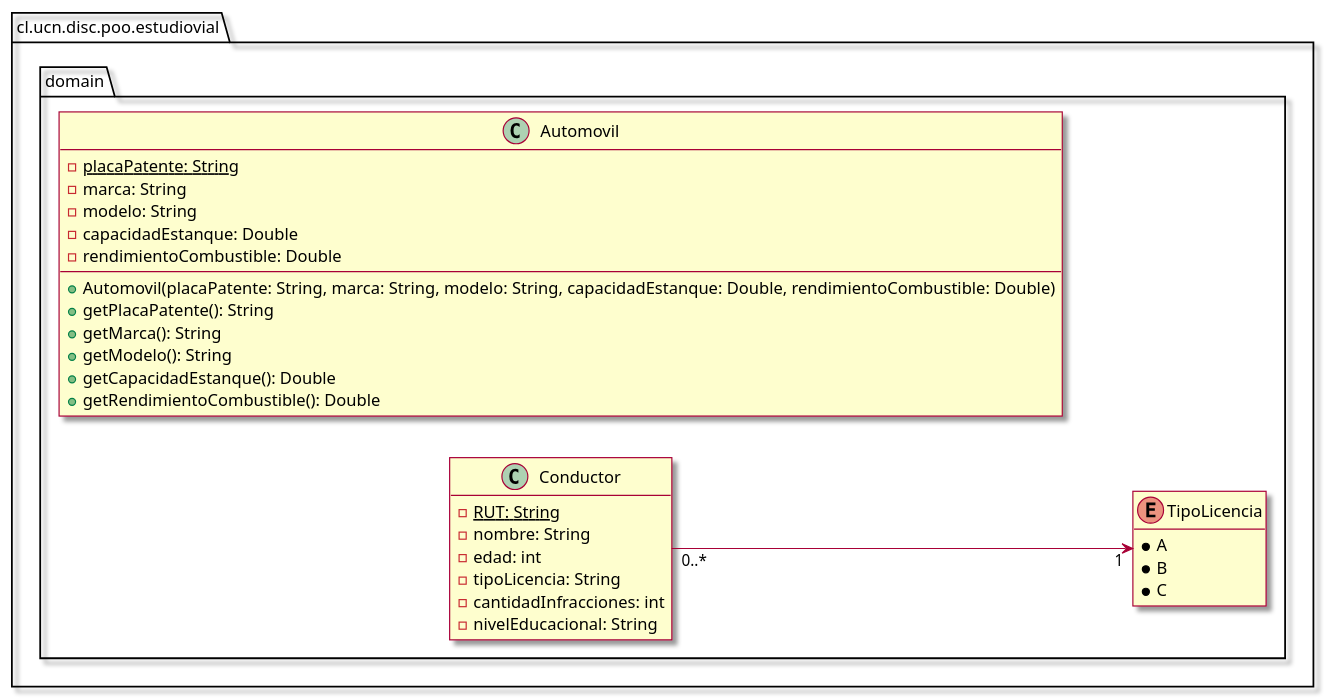
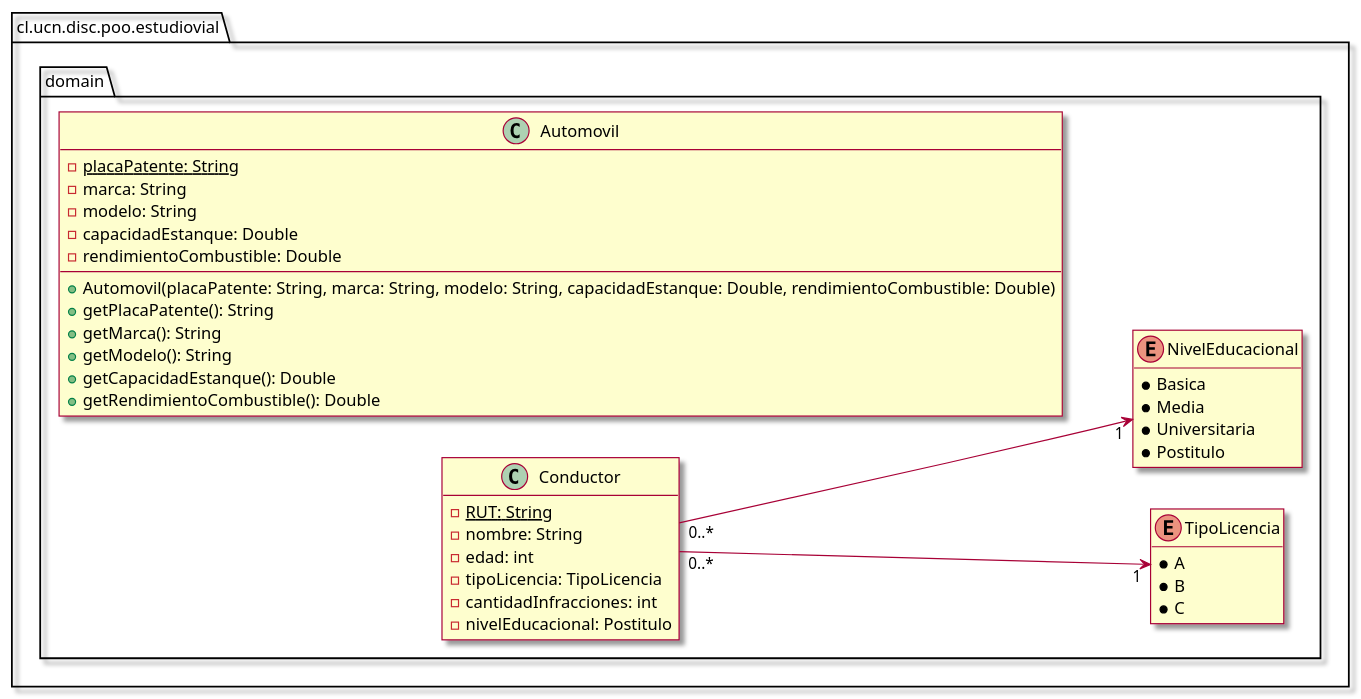
Before and after one commit to godiecl/estudio-vial: the diagram in docs/class.puml, drawn with PlantUML.

Commit message:
feat: add nivel educacional

```diff
--- a/docs/class.puml
+++ b/docs/class.puml
@@ -1,46 +1,54 @@
 @startuml
 skin rose
 set separator none
 left to right direction
 hide empty members
 
 package cl.ucn.disc.poo.estudiovial {
 
     package domain {
 
         class Automovil {
             - {static} placaPatente: String
             - marca: String
             - modelo: String
             - capacidadEstanque: Double
             - rendimientoCombustible: Double
             + Automovil(placaPatente: String, marca: String, modelo: String, capacidadEstanque: Double, rendimientoCombustible: Double)
             + getPlacaPatente(): String
             + getMarca(): String
             + getModelo(): String
             + getCapacidadEstanque(): Double
             + getRendimientoCombustible(): Double
         }
 
         enum TipoLicencia {
             * A
             * B
             * C
         }
 
+        enum NivelEducacional {
+            * Basica
+            * Media
+            * Universitaria
+            * Postitulo
+        }
+
         class Conductor {
             - {static} RUT: String
             - nombre: String
             - edad: int
-            - tipoLicencia: String
+            - tipoLicencia: TipoLicencia
             - cantidadInfracciones: int
-            - nivelEducacional: String
+            - nivelEducacional: Postitulo
         }
         Conductor "0..*" --> "1" TipoLicencia
+        Conductor "0..*" --> "1" NivelEducacional
 
     }
 
 }
 
 
 @enduml
```
